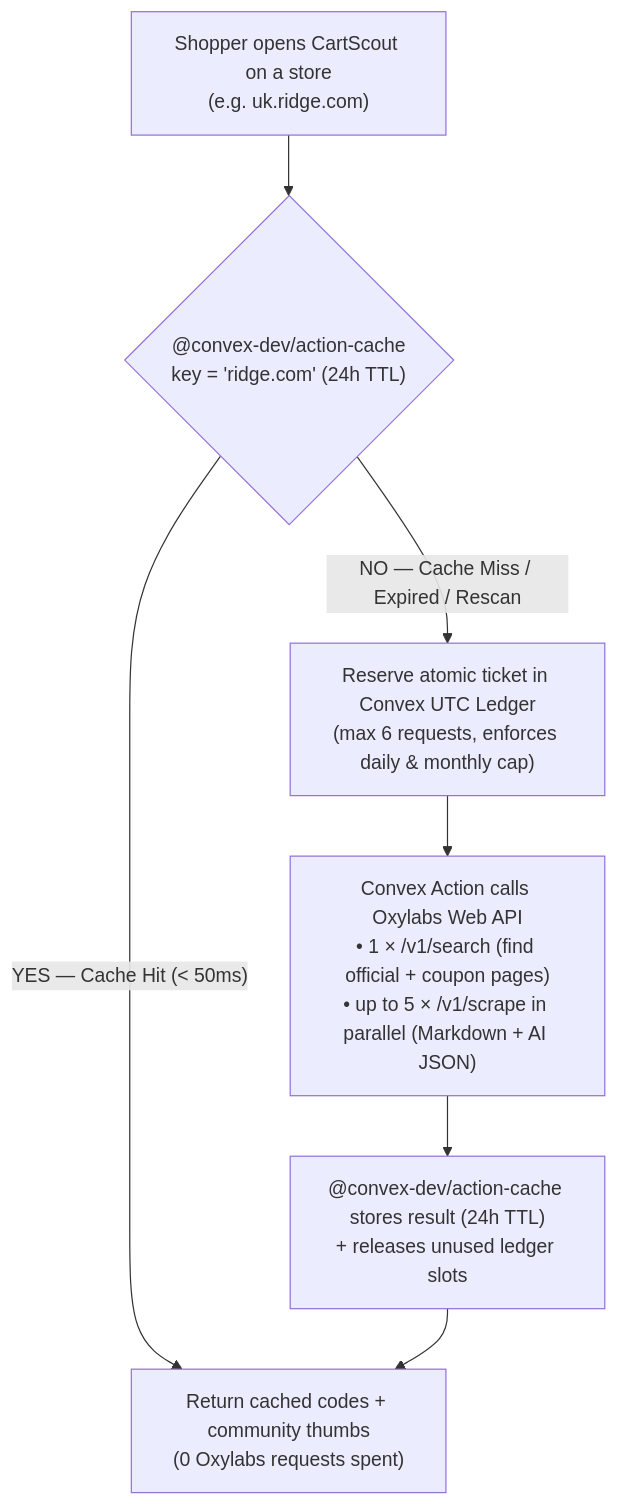
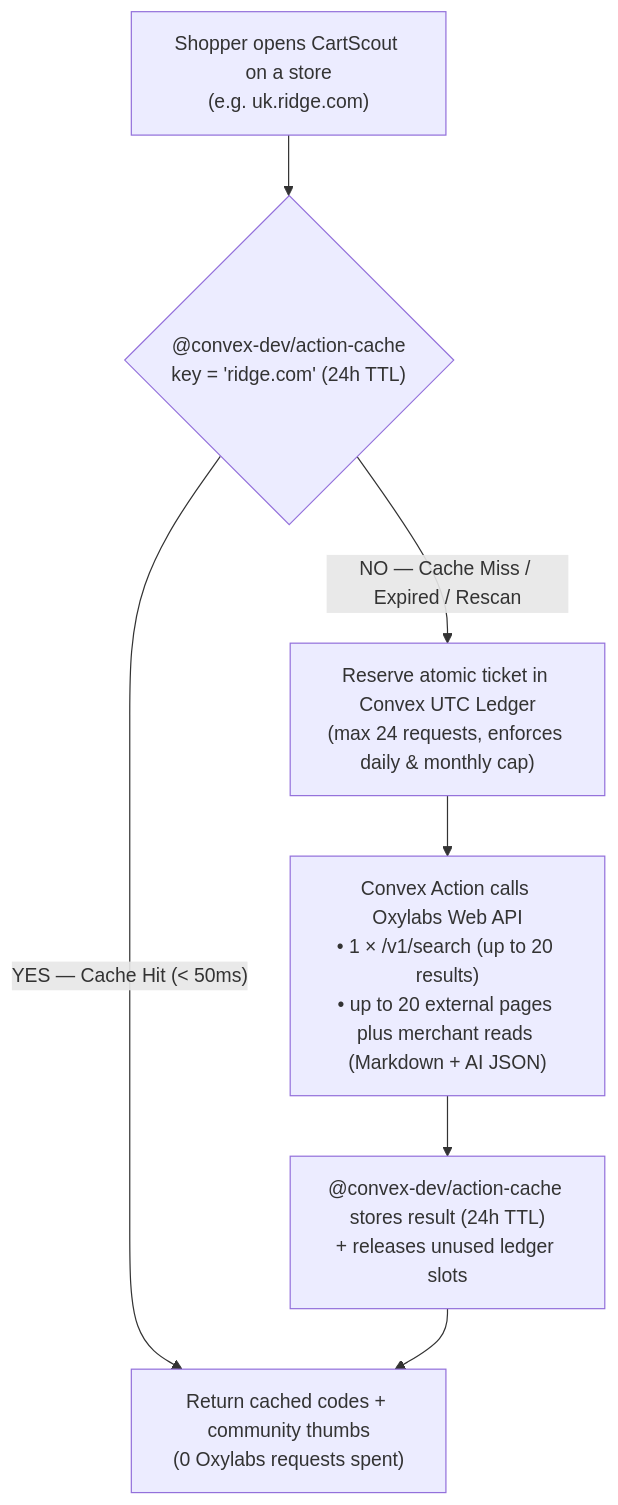
One commit to sonnysangha/cartscout changed the third of 3 diagrams in README.md. Above: the diagram before and after it, drawn with Mermaid. The commit also changed other lines of this file and 26 other files, not shown here.

Commit message:
Stream coupon results as pages finish

````diff
--- a/README.md
+++ b/README.md
@@ -98,12 +98,12 @@
 ```mermaid
 flowchart TD
   Open["Shopper opens CartScout on a store\n(e.g. uk.ridge.com)"]
   Open --> CheckCache{"@convex-dev/action-cache\nkey = 'ridge.com' (24h TTL)"}
 
   CheckCache -->|"YES — Cache Hit (< 50ms)"| Fast["Return cached codes + community thumbs\n(0 Oxylabs requests spent)"]
 
-  CheckCache -->|"NO — Cache Miss / Expired / Rescan"| Reserve["Reserve atomic ticket in Convex UTC Ledger\n(max 6 requests, enforces daily & monthly cap)"]
-  Reserve --> RunOxy["Convex Action calls Oxylabs Web API\n• 1 × /v1/search (find official + coupon pages)\n• up to 5 × /v1/scrape in parallel (Markdown + AI JSON)"]
+  CheckCache -->|"NO — Cache Miss / Expired / Rescan"| Reserve["Reserve atomic ticket in Convex UTC Ledger\n(max 24 requests, enforces daily & monthly cap)"]
+  Reserve --> RunOxy["Convex Action calls Oxylabs Web API\n• 1 × /v1/search (up to 20 results)\n• up to 20 external pages plus merchant reads (Markdown + AI JSON)"]
   RunOxy --> Save["@convex-dev/action-cache stores result (24h TTL)\n+ releases unused ledger slots"]
   Save --> Fast
 ```
````
